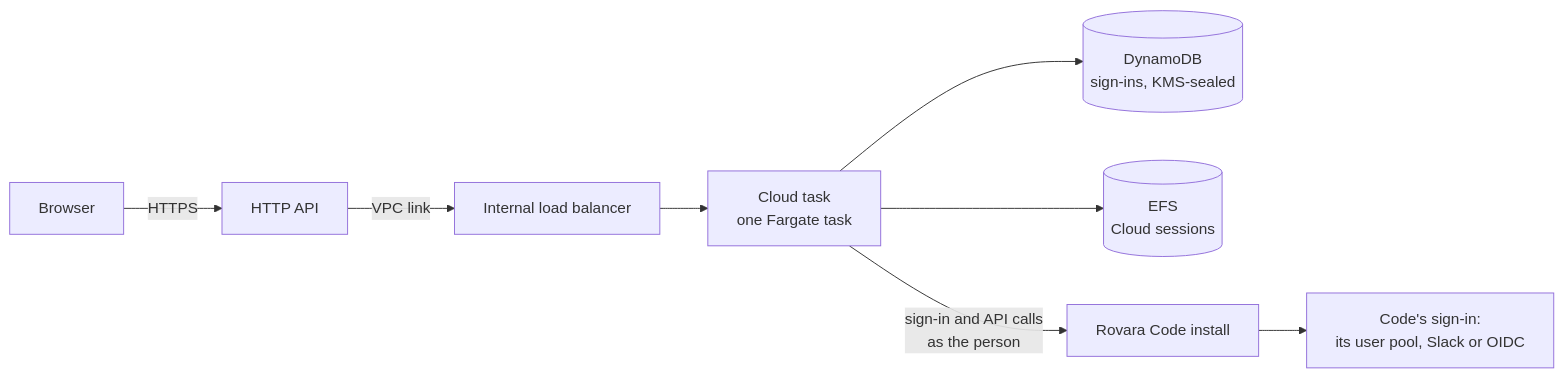
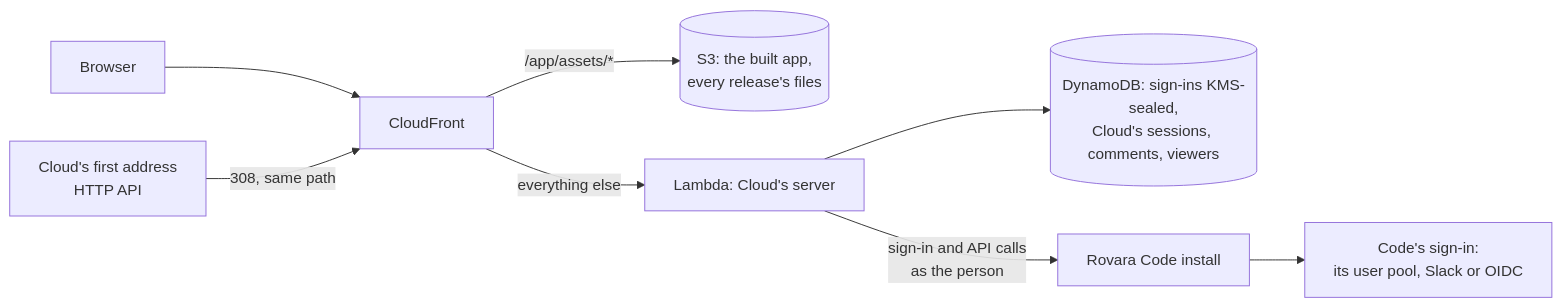
Before and after one commit to rovaracli/rovara: the diagram in docs/rovara-cloud-install.md, drawn with Mermaid. The commit also changed other lines of this file and 11 other files, not shown here.

First line of the commit message:
Retire the Fargate app: Cloud's first address only redirects now (#11, PR 4) (#38)

````diff
--- a/docs/rovara-cloud-install.md
+++ b/docs/rovara-cloud-install.md
@@ -15,10 +15,10 @@
 ```mermaid
 flowchart LR
-  B[Browser] -->|HTTPS| A[HTTP API]
-  A -->|VPC link| L[Internal load balancer]
-  L --> T[Cloud task<br/>one Fargate task]
-  T --> D[(DynamoDB<br/>sign-ins, KMS-sealed)]
-  T --> E[(EFS<br/>Cloud sessions)]
-  T -->|sign-in and API calls<br/>as the person| C[Rovara Code install]
+  B[Browser] --> CF[CloudFront]
+  CF -->|/app/assets/*| S3[(S3: the built app,<br/>every release's files)]
+  CF -->|everything else| L[Lambda: Cloud's server]
+  L --> D[(DynamoDB: sign-ins KMS-sealed,<br/>Cloud's sessions, comments, viewers)]
+  L -->|sign-in and API calls<br/>as the person| C[Rovara Code install]
   C --> P[Code's sign-in:<br/>its user pool, Slack or OIDC]
+  F[Cloud's first address<br/>HTTP API] -->|308, same path| CF
 ```
````
